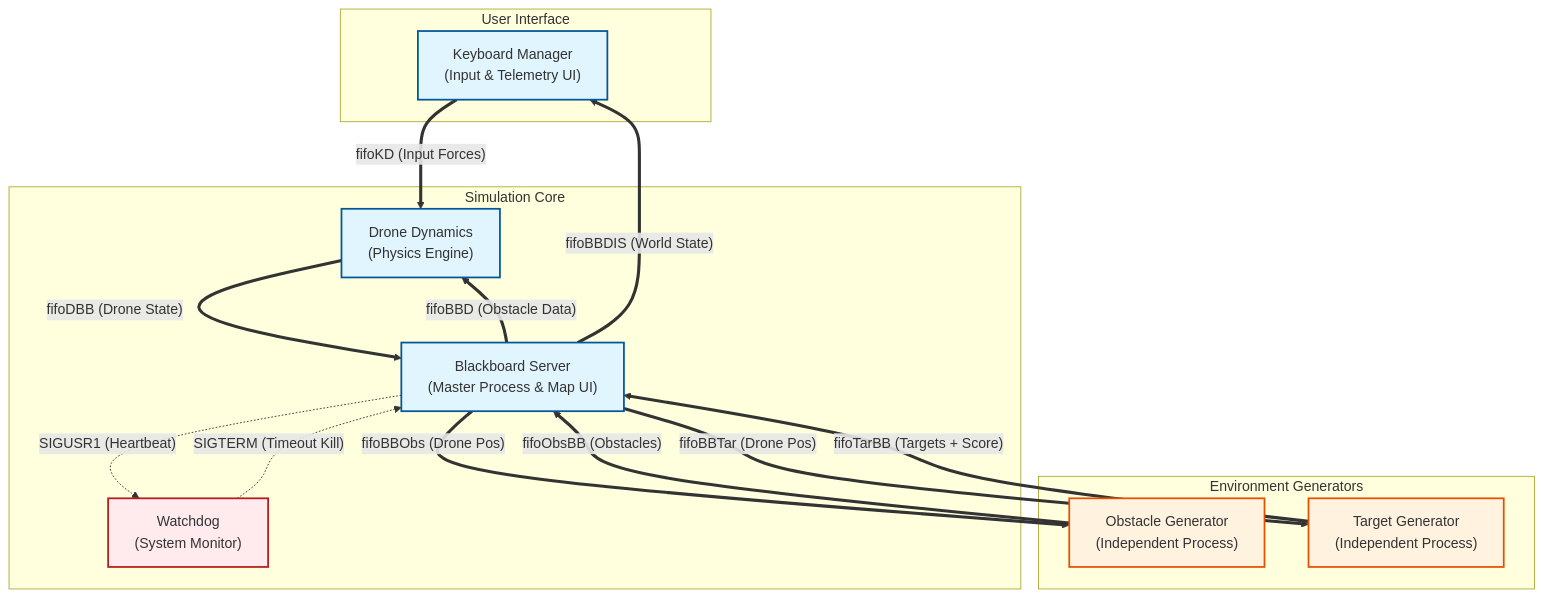
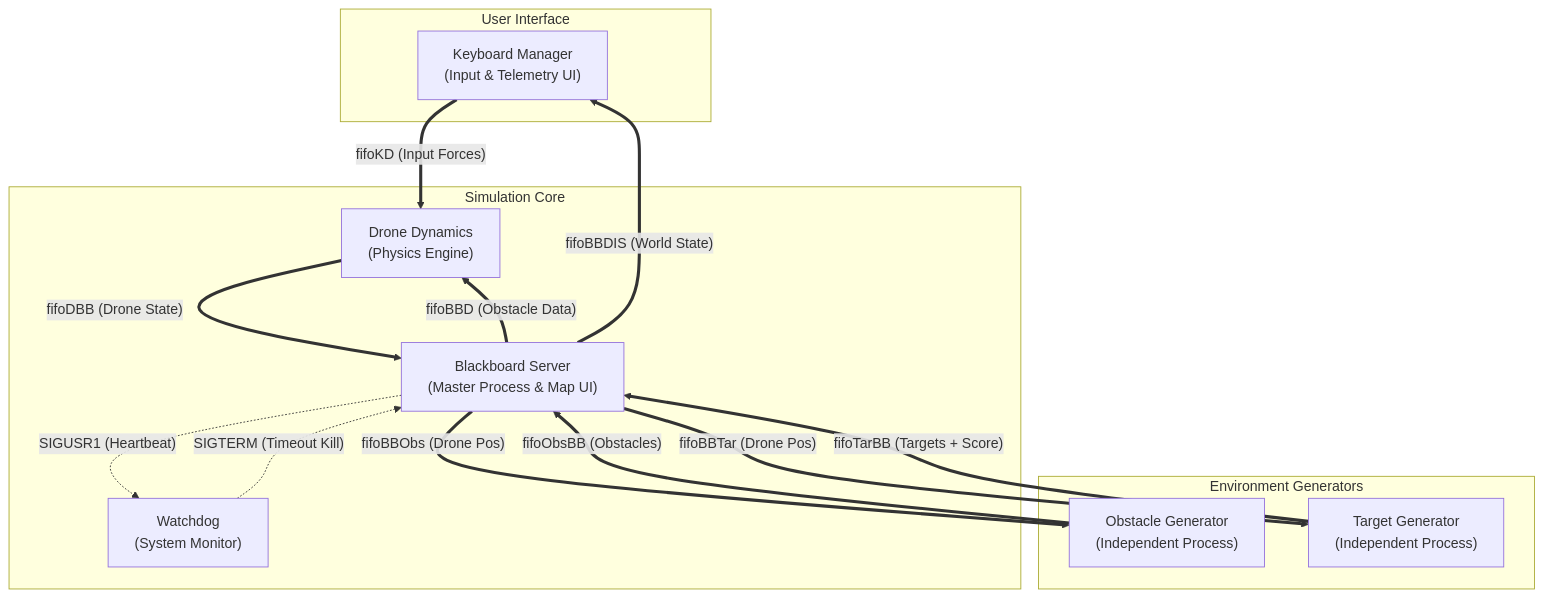
The diagram in README.MD (BasmalaSherief/Drone-Game), drawn with Mermaid before and after one commit. The commit also changed other lines of this file and 19 other files, not shown here.

````diff
--- a/README.MD
+++ b/README.MD
@@ -33,43 +37,34 @@
 ```mermaid
 graph TD
     %% Define Nodes
     subgraph "User Interface"
         KB["Keyboard Manager<br/>(Input & Telemetry UI)"]
     end
 
     subgraph "Simulation Core"
         DC["Drone Dynamics<br/>(Physics Engine)"]
         BB["Blackboard Server<br/>(Master Process & Map UI)"]
         WD["Watchdog<br/>(System Monitor)"]
     end
 
     subgraph "Environment Generators"
         OG["Obstacle Generator<br/>(Independent Process)"]
         TG["Target Generator<br/>(Independent Process)"]
     end
 
     %% PIPES (Data Flow)
     KB ==>|"fifoKD (Input Forces)"| DC
     DC ==>|"fifoDBB (Drone State)"| BB
     BB ==>|"fifoBBD (Obstacle Data)"| DC
     BB ==>|"fifoBBDIS (World State)"| KB
     
     BB ==>|"fifoBBObs (Drone Pos)"| OG
     OG ==>|"fifoObsBB (Obstacles)"| BB
     
     BB ==>|"fifoBBTar (Drone Pos)"| TG
     TG ==>|"fifoTarBB (Targets + Score)"| BB
 
     %% SIGNALS (Control Flow)
     BB -.->|"SIGUSR1 (Heartbeat)"| WD
     WD -.->|"SIGTERM (Timeout Kill)"| BB
-
-    %% Styling
-    classDef main fill:#e1f5fe,stroke:#01579b,stroke-width:2px;
-    classDef gen fill:#fff3e0,stroke:#e65100,stroke-width:2px;
-    classDef monitor fill:#ffebee,stroke:#b71c1c,stroke-width:2px;
-    
-    class BB,DC,KB main;
-    class OG,TG gen;
-    class WD monitor;
 ```
````
